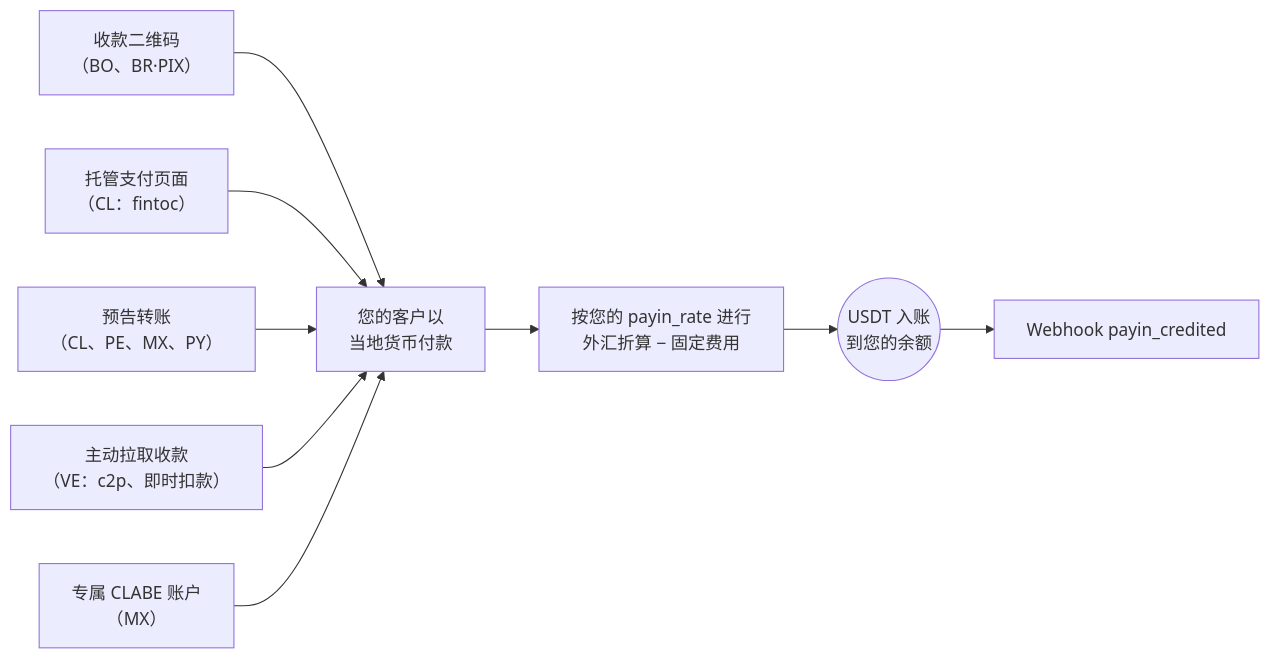
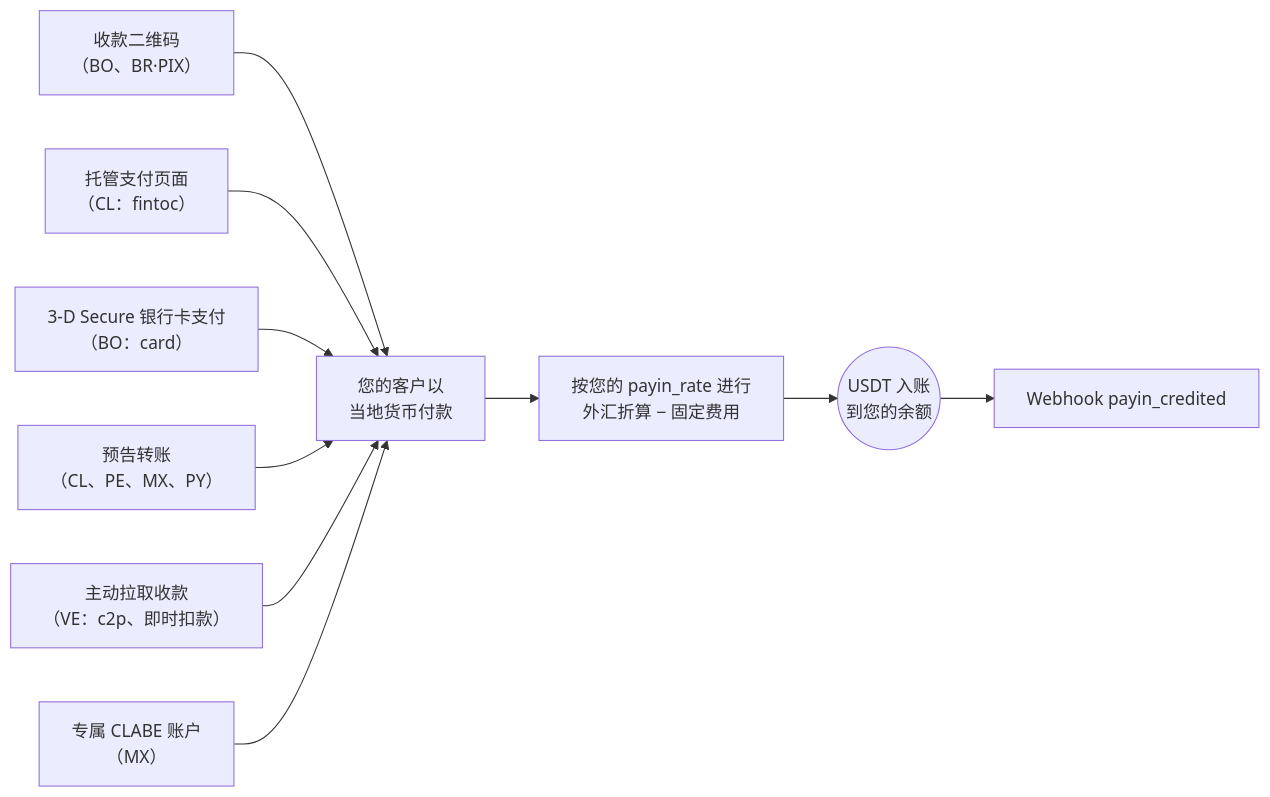
The diagram in zh/guides/payins.mdx (SaturoS17/docs), drawn with Mermaid before and after one commit. The commit also changed other lines of this file and 13 other files, not shown here.

First line of the commit message:
docs: card payments (method card, BO) — hosted checkout with 3-D Secure

````diff
--- a/zh/guides/payins.mdx
+++ b/zh/guides/payins.mdx
@@ -13,11 +13,12 @@
 ```mermaid
 flowchart LR
     qr["收款二维码<br/>（BO、BR·PIX）"] --> pay["您的客户以<br/>当地货币付款"]
     hosted["托管支付页面<br/>（CL：fintoc）"] --> pay
+    card["3-D Secure 银行卡支付<br/>（BO：card）"] --> pay
     announced["预告转账<br/>（CL、PE、MX、PY）"] --> pay
     pull["主动拉取收款<br/>（VE：c2p、即时扣款）"] --> pay
     clabe["专属 CLABE 账户<br/>（MX）"] --> pay
     pay --> conv["按您的 payin_rate 进行<br/>外汇折算 − 固定费用"]
     conv --> credit(("USDT 入账<br/>到您的余额"))
     credit --> wh["Webhook payin_credited"]
 ```
````
